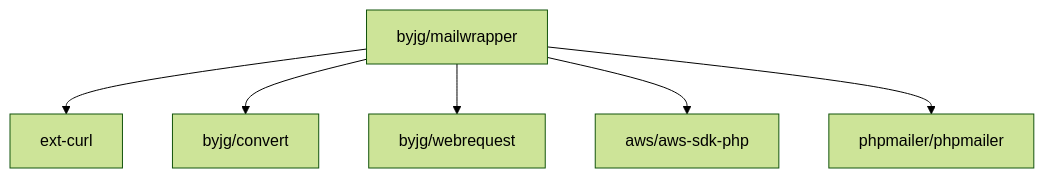
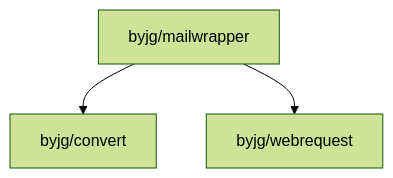
The diagram in README.md (byjg/php-mailwrapper), drawn with Mermaid (forest theme) before and after one commit. The commit also changed other lines of this file and 7 other files, not shown here.

````diff
--- a/README.md
+++ b/README.md
@@ -235,8 +89,5 @@
 ```mermaid
 flowchart TD
-    byjg/mailwrapper --> ext-curl
     byjg/mailwrapper --> byjg/convert
     byjg/mailwrapper --> byjg/webrequest
-    byjg/mailwrapper --> aws/aws-sdk-php
-    byjg/mailwrapper --> phpmailer/phpmailer
 ```
````
